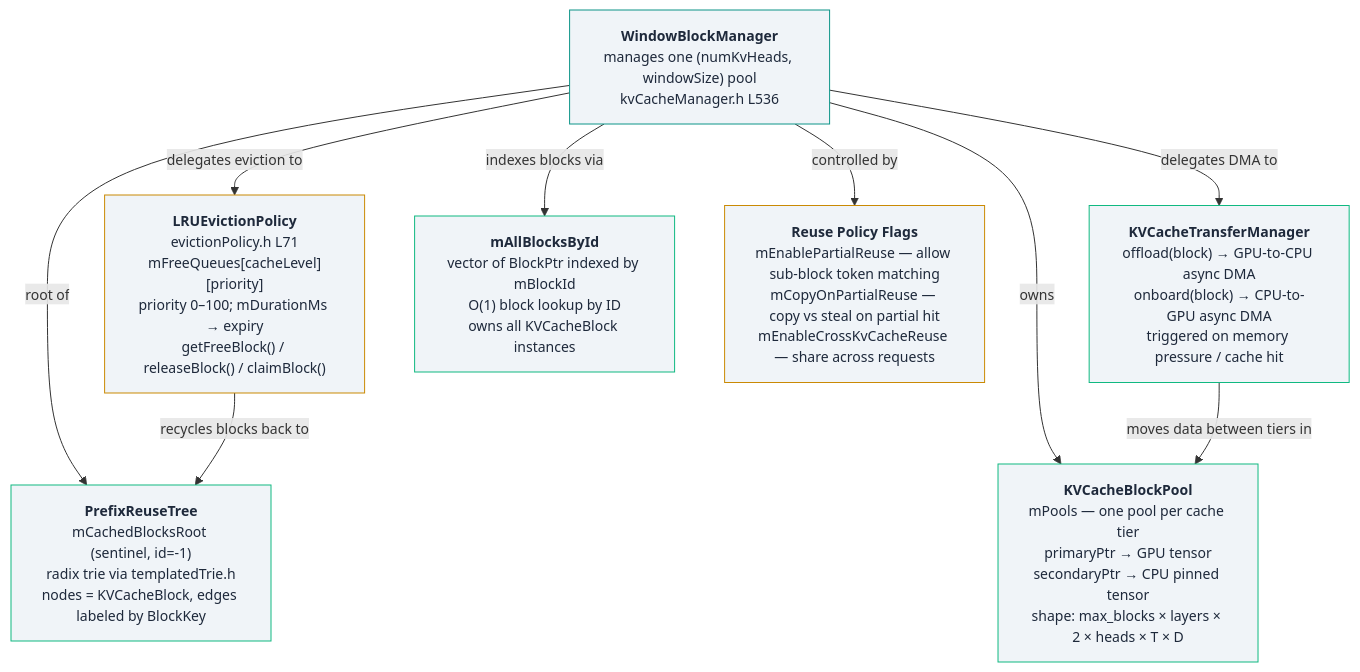
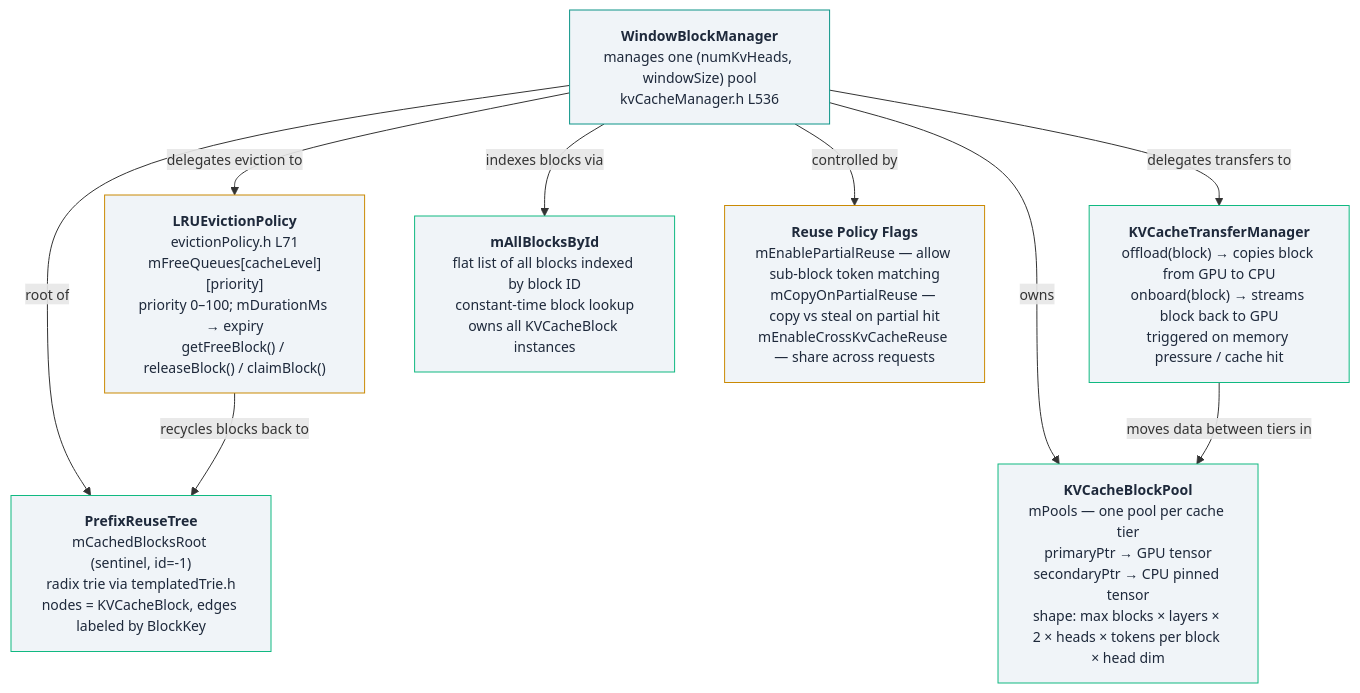
Before and after one commit to Pranshu258/Pranshu258.github.io: the diagram in src/blogs/llmoptimizations/kvc-diagram2-fixed.mmd, drawn with Mermaid. The commit also changed 5 other files, not shown here.

Commit message:
updated diagrams

```diff
--- a/src/blogs/llmoptimizations/kvc-diagram2-fixed.mmd
+++ b/src/blogs/llmoptimizations/kvc-diagram2-fixed.mmd
@@ -1,32 +1,32 @@
 %%{init: {'themeVariables': {'background': '#f0f4f8', 'fontSize': '14px'}}}%%
 flowchart TD
     WBM["<b>WindowBlockManager</b><br/>manages one (numKvHeads, windowSize) pool<br/>kvCacheManager.h L536"]
 
     PRT["<b>PrefixReuseTree</b><br/>mCachedBlocksRoot (sentinel, id=-1)<br/>radix trie via templatedTrie.h<br/>nodes = KVCacheBlock, edges labeled by BlockKey"]
 
-    POOL["<b>KVCacheBlockPool</b><br/>mPools — one pool per cache tier<br/>primaryPtr → GPU tensor<br/>secondaryPtr → CPU pinned tensor<br/>shape: max_blocks × layers × 2 × heads × T × D"]
+    POOL["<b>KVCacheBlockPool</b><br/>mPools — one pool per cache tier<br/>primaryPtr → GPU tensor<br/>secondaryPtr → CPU pinned tensor<br/>shape: max blocks × layers × 2 × heads × tokens per block × head dim"]
 
     LRU["<b>LRUEvictionPolicy</b><br/>evictionPolicy.h L71<br/>mFreeQueues[cacheLevel][priority]<br/>priority 0–100; mDurationMs → expiry<br/>getFreeBlock() / releaseBlock() / claimBlock()"]
 
-    TM["<b>KVCacheTransferManager</b><br/>offload(block) → GPU-to-CPU async DMA<br/>onboard(block) → CPU-to-GPU async DMA<br/>triggered on memory pressure / cache hit"]
+    TM["<b>KVCacheTransferManager</b><br/>offload(block) → copies block from GPU to CPU<br/>onboard(block) → streams block back to GPU<br/>triggered on memory pressure / cache hit"]
 
-    REG["<b>mAllBlocksById</b><br/>vector of BlockPtr indexed by mBlockId<br/>O(1) block lookup by ID<br/>owns all KVCacheBlock instances"]
+    REG["<b>mAllBlocksById</b><br/>flat list of all blocks indexed by block ID<br/>constant-time block lookup<br/>owns all KVCacheBlock instances"]
 
     FLAGS["<b>Reuse Policy Flags</b><br/>mEnablePartialReuse — allow sub-block token matching<br/>mCopyOnPartialReuse — copy vs steal on partial hit<br/>mEnableCrossKvCacheReuse — share across requests"]
 
     WBM -->|"root of"| PRT
     WBM -->|"owns"| POOL
     WBM -->|"delegates eviction to"| LRU
-    WBM -->|"delegates DMA to"| TM
+    WBM -->|"delegates transfers to"| TM
     WBM -->|"indexes blocks via"| REG
     WBM -->|"controlled by"| FLAGS
     LRU -->|"recycles blocks back to"| PRT
     TM -->|"moves data between tiers in"| POOL
 
     classDef wbm fill:#f0f4f8,color:#1e293b,stroke:#0d9488
     classDef sub fill:#f0f4f8,color:#1e293b,stroke:#10b981
     classDef policy fill:#f0f4f8,color:#1e293b,stroke:#ca8a04
 
     class WBM wbm
     class PRT,POOL,TM,REG sub
     class LRU,FLAGS policy
```
